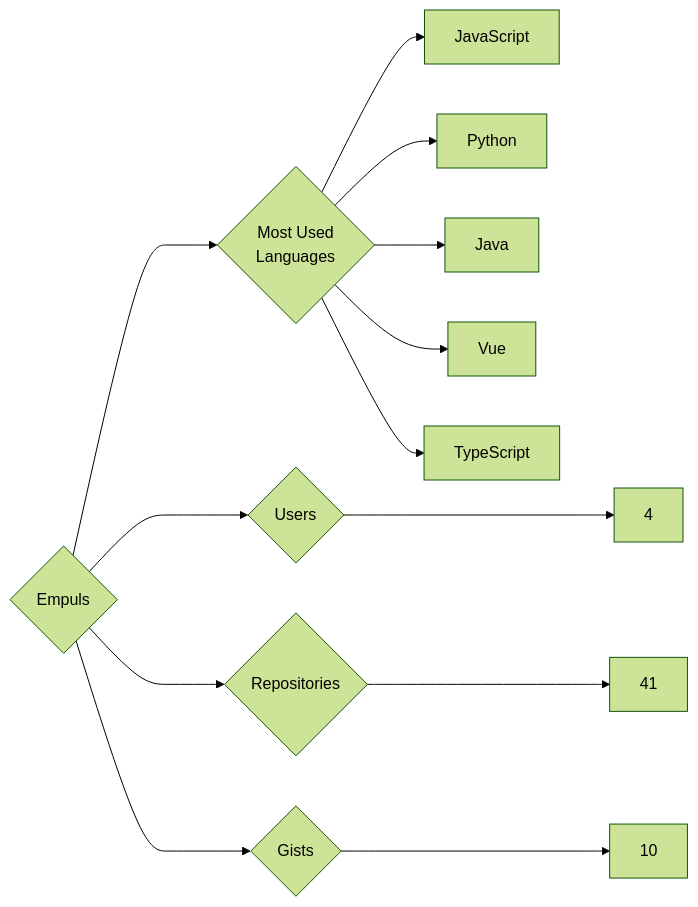
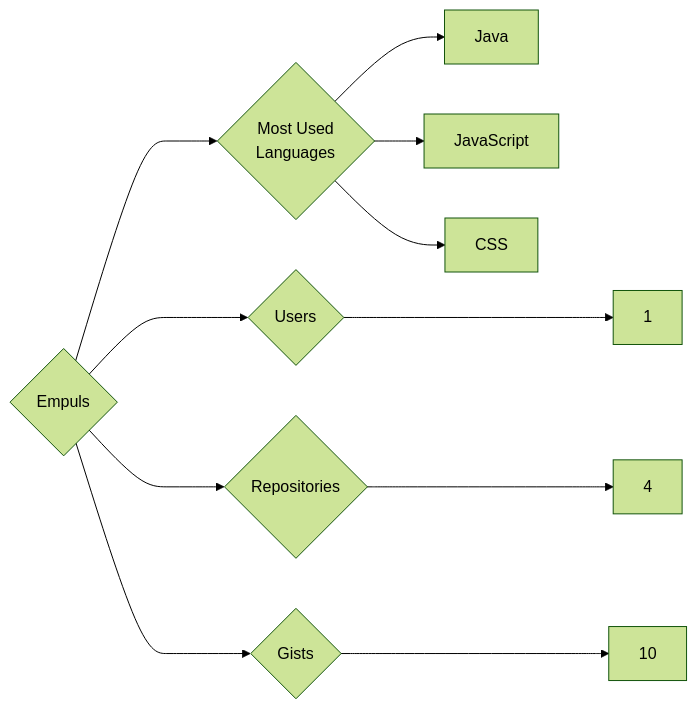
The diagram in targets/Empuls/README.md (trickest/insiders), drawn with Mermaid (forest theme) before and after one commit. The commit also changed 934 other files, not shown here.

````diff
--- a/targets/Empuls/README.md
+++ b/targets/Empuls/README.md
@@ -3,13 +3,11 @@
 ```mermaid
 graph LR
 COMPANY_NAME{Empuls}
-COMPANY_NAME ---> U{Users} ---> UN[4]
-COMPANY_NAME ---> R{Repositories} ---> RN[41]
+COMPANY_NAME ---> U{Users} ---> UN[1]
+COMPANY_NAME ---> R{Repositories} ---> RN[4]
 COMPANY_NAME ---> G{Gists} ---> GN[10]
 COMPANY_NAME ---> ML{Most Used<br>Languages}
+ML --> Java[Java]
 ML --> JavaScript[JavaScript]
-ML --> Python[Python]
-ML --> Java[Java]
-ML --> Vue[Vue]
-ML --> TypeScript[TypeScript]
+ML --> CSS[CSS]
 ```
````
